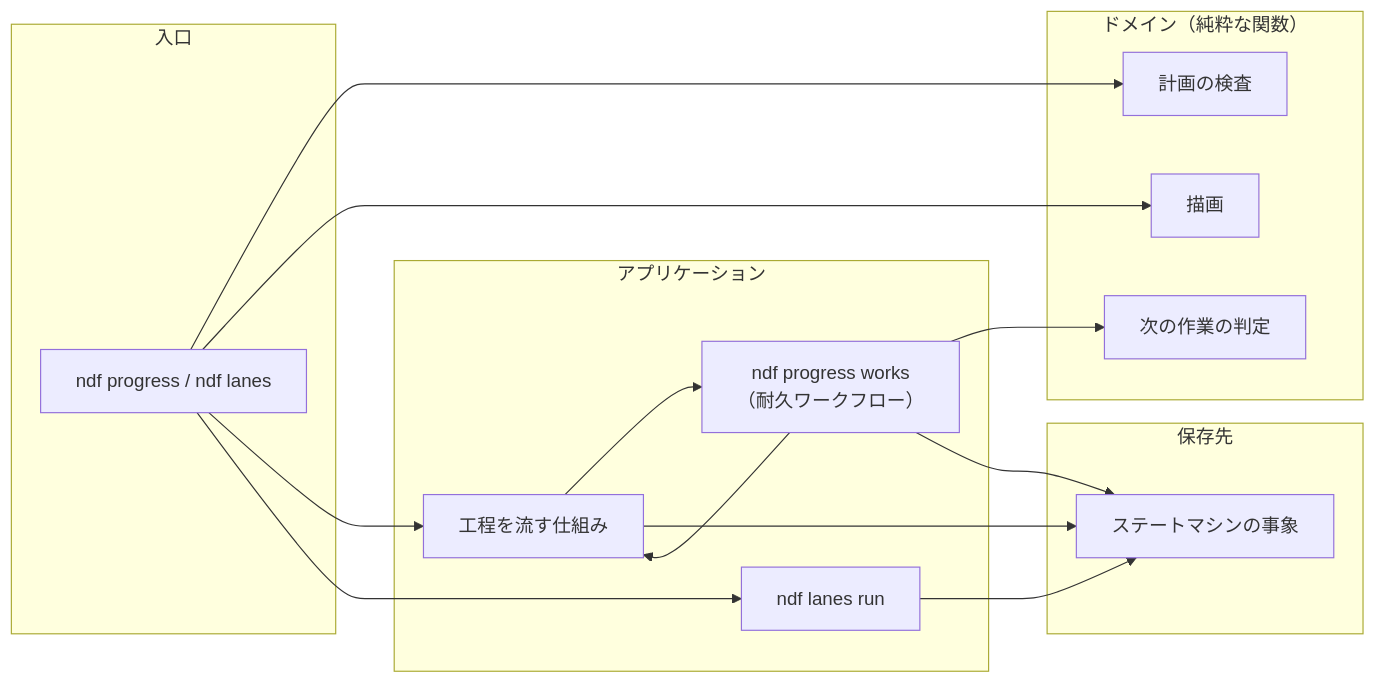
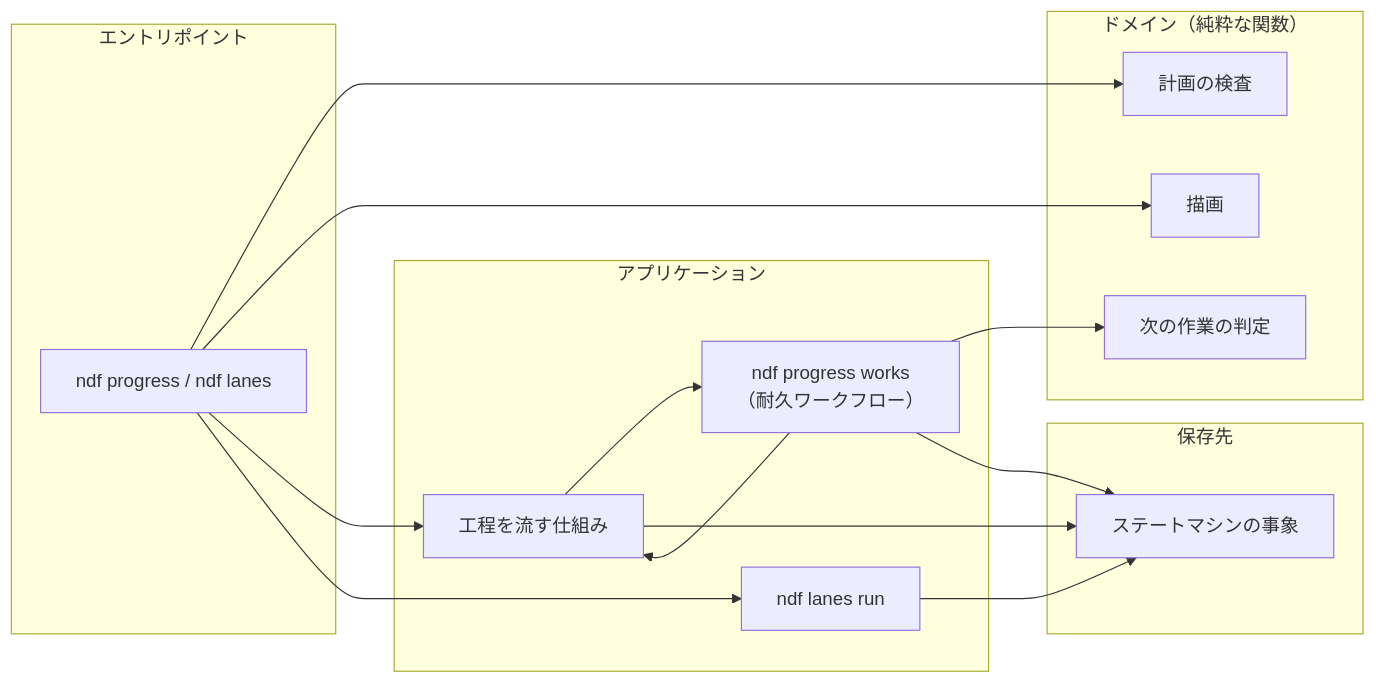
One commit to devbasex/ai-plugins changed the third of 4 diagrams in issues/issue-4550-design.md. Above: the diagram before and after it, drawn with Mermaid. The commit also changed other lines of this file, not shown here.

````diff
--- a/issues/issue-4550-design.md
+++ b/issues/issue-4550-design.md
@@ -115,25 +121,25 @@
 ```mermaid
 flowchart LR
-  subgraph ENTRY["入口"]
+  subgraph ENTRY["エントリポイント"]
     CLI["ndf progress / ndf lanes"]
   end
   subgraph APP["アプリケーション"]
     WF["ndf progress works<br>（耐久ワークフロー）"]
     RUN["工程を流す仕組み"]
     LANE["ndf lanes run"]
   end
   subgraph DOM["ドメイン（純粋な関数）"]
     V["計画の検査"]
     D["次の作業の判定"]
     R["描画"]
   end
   subgraph IO["保存先"]
     DB["ステートマシンの事象"]
   end
   CLI --> V & R
   CLI --> RUN --> WF
   WF --> D
   WF --> RUN
   CLI --> LANE
   WF & RUN & LANE --> DB
 ```
````
